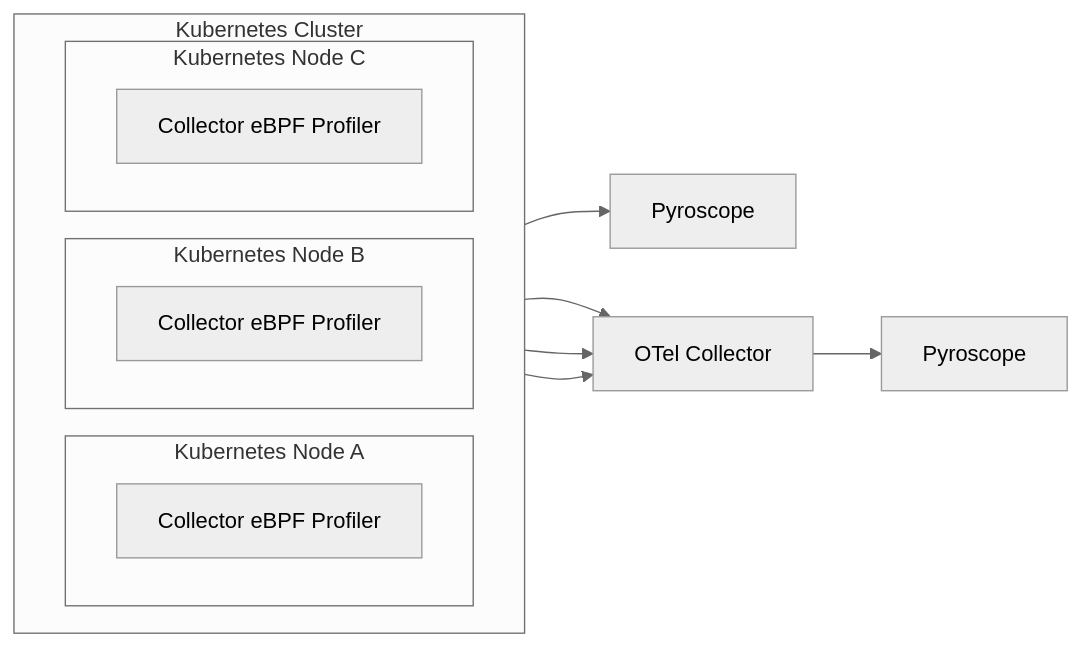
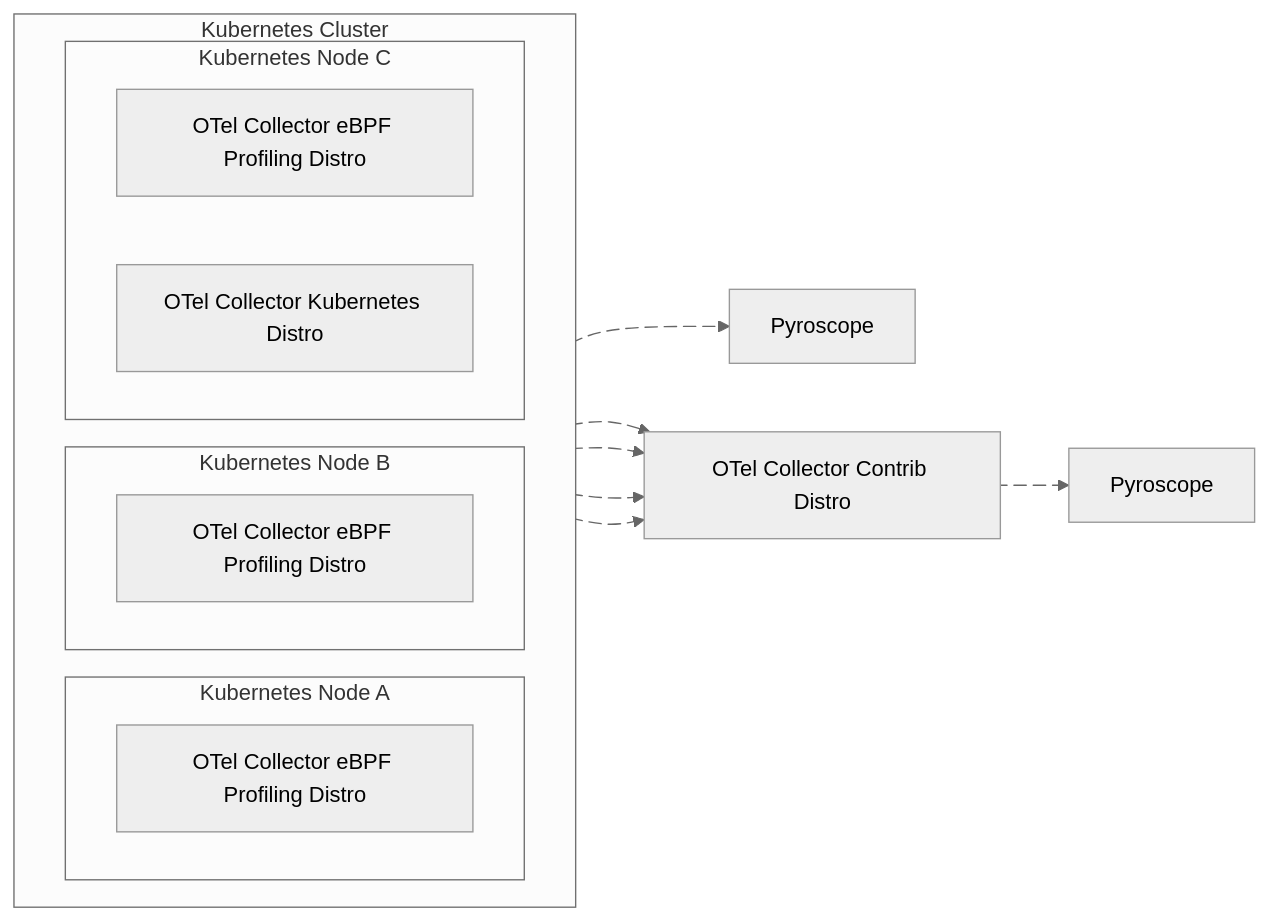
One commit to danielpacak/opentelemetry-collector-ebpf-profiler changed the diagram in README.md. Above: the diagram before and after it, drawn with Mermaid (neutral theme).

Commit message:
Update flowchart

````diff
--- a/README.md
+++ b/README.md
@@ -37,23 +37,32 @@
 ``` mermaid
 flowchart LR
   subgraph cluster["Kubernetes Cluster"]
   direction LR
   subgraph nodeA["Kubernetes Node A"]
-    collector-ebpf-profiler-a["Collector eBPF Profiler"]
+    collector-ebpf-profiler-a["OTel Collector eBPF Profiling Distro"]
   end
   subgraph nodeB["Kubernetes Node B"]
-    collector-ebpf-profiler-b["Collector eBPF Profiler"]
+    collector-ebpf-profiler-b["OTel Collector eBPF Profiling Distro"]
   end
   subgraph nodeC["Kubernetes Node C"]
-    collector-ebpf-profiler-c["Collector eBPF Profiler"]
+    collector-ebpf-profiler-c["OTel Collector eBPF Profiling Distro"]
+    collector-kubernetes["OTel Collector Kubernetes Distro"]
   end
   end
   pyroscope-development["Pyroscope"]
   pyroscope-backend["Pyroscope"]
-  otel-collector["OTel Collector"]
-  collector-ebpf-profiler-a --> pyroscope-development
-  collector-ebpf-profiler-a --> otel-collector
-  collector-ebpf-profiler-b --> otel-collector
-  collector-ebpf-profiler-c --> otel-collector
-  otel-collector --> pyroscope-backend
+  otel-collector["OTel Collector Contrib Distro"]
+  collector-ebpf-profiler-a e1@--> pyroscope-development
+  collector-ebpf-profiler-a e2@--> otel-collector
+  collector-ebpf-profiler-b e3@--> otel-collector
+  collector-ebpf-profiler-c e4@--> otel-collector
+  otel-collector e5@--> pyroscope-backend
+  collector-kubernetes e6@--> otel-collector
+
+  e1@{ animate: true }
+  e2@{ animate: true }
+  e3@{ animate: true }
+  e4@{ animate: true }
+  e5@{ animate: true }
+  e6@{ animate: true }
 ```
````
